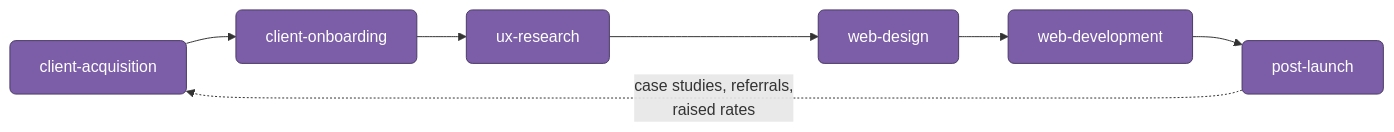
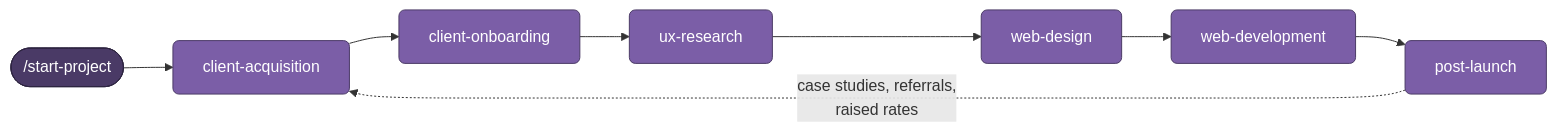
Before and after one commit to Derec58/freelance-web-design-pipeline: the diagram in README.md, drawn with Mermaid. The commit also changed other lines of this file and 25 other files, not shown here.

First line of the commit message:
Generalize all skills for any freelancer + add start-project orchestrator

````diff
--- a/README.md
+++ b/README.md
@@ -50,12 +51,15 @@
 ```mermaid
 flowchart LR
+    S([/start-project]) --> A[client-acquisition]
     A[client-acquisition] --> B[client-onboarding]
     B --> C[ux-research]
     C --> D[web-design]
     D --> E[web-development]
     E --> F[post-launch]
     F -.->|case studies, referrals,<br/>raised rates| A
 
     classDef stage fill:#7B5EA7,stroke:#4A3A66,color:#fff,rx:6,ry:6;
+    classDef kickoff fill:#4A3A66,stroke:#2D2440,color:#fff,rx:6,ry:6;
     class A,B,C,D,E,F stage;
+    class S kickoff;
 ```
````
